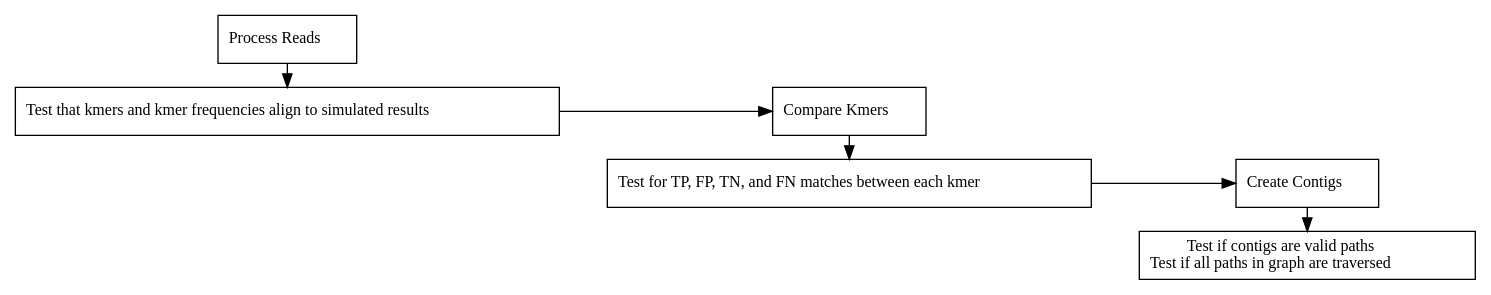
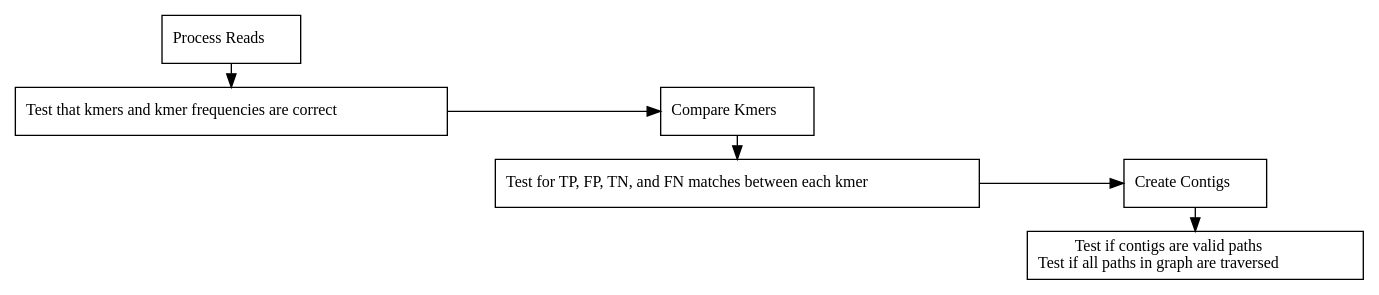
The diagram in deliverables/module-1/presentation/images/test-flowchart.dot (canderson318/research-methodology-programming-assignment), drawn with Graphviz before and after one commit. The commit also changed 13 other files, not shown here.

```diff
--- a/deliverables/module-1/presentation/images/test-flowchart.dot
+++ b/deliverables/module-1/presentation/images/test-flowchart.dot
@@ -1,74 +1,74 @@
 // Test: “Are the kmers valid?”
 // Concrete checks:
 // Every kmer has length exactly k
 // All kmers occur in at least one read
 // Frequency counts sum to total possible kmer positions
 // After thresholding, no kmer has frequency < τ
 // If this test fails, the downstream graph is meaningless.
 // Label suggestion:
 // Validate k-mer extraction & frequency constraints
 
 
 // Compare Kmers → Test 2
 // Purpose: Validate overlap logic and graph construction
 // Test: “Does the graph encode correct overlaps?”
 // Concrete checks:
 // Edge (u → v) exists iff suffix(u, k−1) == prefix(v, k−1)
 // No self-loops unless explicitly allowed
 // Graph is directed
 // Out-degree zero nodes correspond to terminal kmers
 // Optional but strong:
 // Adjacency matrix is binary
 // No false positives in overlap detection
 // This test ensures the graph is a correct De Bruijn representation.
 // Label suggestion:
 // Validate overlap correctness & graph structure
 
 
 // Compare Kmers → End (early exit)
 // Purpose: Detect unrecoverable cases early
 // Test: “Is assembly possible?”
 // Examples:
 // Graph has no edges
 // All nodes have in-degree ≥ 2 and out-degree ≥ 2 (high ambiguity)
 // Query kmer not present in node set
 // Failing here avoids meaningless contig enumeration.
 // Label suggestion:
 // Check assembly feasibility
 
 // Create Contigs → Final Test
 // Purpose: Validate path traversal and reconstruction
 // Test: “Are contigs valid paths?”
 // Concrete checks:
 // Each contig corresponds to a valid path in the graph
 // Adjacent kmers overlap by k−1
 // Contig length equals k + (#edges traversed)
 // No character loss or duplication
 // Cycles handled according to policy (terminated or bounded)
 // This confirms the algorithm actually reconstructs sequences correctly.
 // Label suggestion:
 // Validate contig path integrity
 
 
 digraph {
   rankdir=LR
 
   X1 [label=<<FONT POINT-SIZE="12">Process Reads</FONT>>, shape=box]
-  Btw1 [label=<<FONT POINT-SIZE="12"> Test that kmers and kmer frequencies align to simulated results </FONT>>, shape=box]
+  Btw1 [label=<<FONT POINT-SIZE="12"> Test that kmers and kmer frequencies are correct </FONT>>, shape=box]
   
   X2 [label=<<FONT POINT-SIZE="12">Compare Kmers</FONT>>, shape=box]
   Btw2 [label=<<FONT POINT-SIZE="12"> Test for TP, FP, TN, and FN matches between each kmer </FONT>>, shape=box]
 
   X3 [label=<<FONT POINT-SIZE="12">Create Contigs</FONT>>, shape=box]
   Btw3 [label=<<FONT POINT-SIZE="12"> Test if contigs are valid paths<BR/>Test if all paths in graph are traversed </FONT>>, shape=box]
 
   {rank=same;X1,Btw1}
   {rank=same;X2,Btw2}
   {rank=same;X3,Btw3}
 
   X1 -> Btw1
   Btw1 -> X2
   X2 -> Btw2
   Btw2 -> X3
   X3 -> Btw3
 }
```
